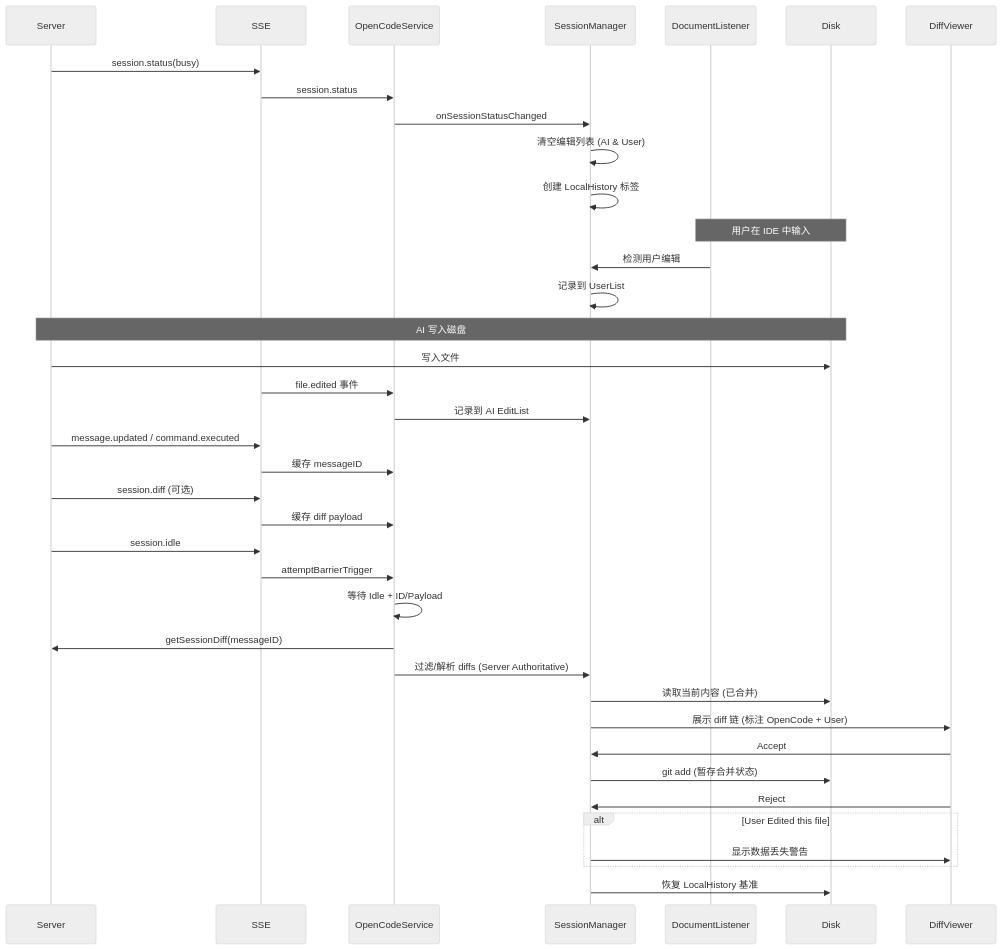
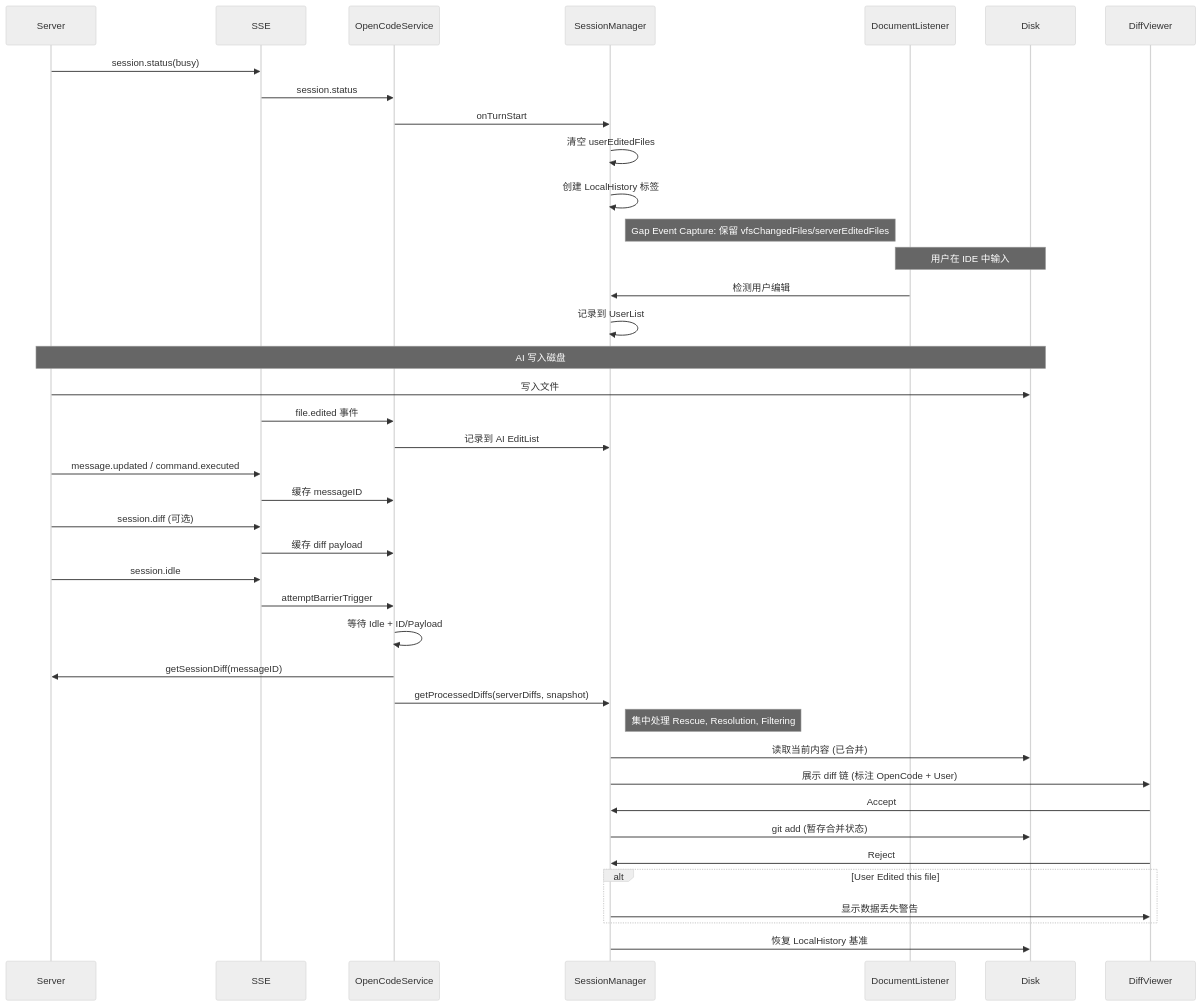
Before and after one commit to LaiZhou/OpenCode_UI: the diagram in designDocs/diff_feature_plan.md, drawn with Mermaid (neutral theme). The commit also changed other lines of this file and 9 other files, not shown here.

````diff
--- a/designDocs/diff_feature_plan.md
+++ b/designDocs/diff_feature_plan.md
@@ -15,47 +15,49 @@
 ```mermaid
 sequenceDiagram
     participant Server
     participant SSE
     participant OCS as OpenCodeService
     participant SM as SessionManager
     participant DL as DocumentListener
     participant Disk
     participant Diff as DiffViewer
 
     Server->>SSE: session.status(busy)
     SSE->>OCS: session.status
-    OCS->>SM: onSessionStatusChanged
-    SM->>SM: 清空编辑列表 (AI & User)
+    OCS->>SM: onTurnStart
+    SM->>SM: 清空 userEditedFiles
     SM->>SM: 创建 LocalHistory 标签
+    Note right of SM: Gap Event Capture: 保留 vfsChangedFiles/serverEditedFiles
 
     Note over DL, Disk: 用户在 IDE 中输入
     DL->>SM: 检测用户编辑
     SM->>SM: 记录到 UserList
 
     Note over Server, Disk: AI 写入磁盘
     Server->>Disk: 写入文件
     SSE->>OCS: file.edited 事件
     OCS->>SM: 记录到 AI EditList
 
     Server->>SSE: message.updated / command.executed
     SSE->>OCS: 缓存 messageID
     Server->>SSE: session.diff (可选)
     SSE->>OCS: 缓存 diff payload
 
     Server->>SSE: session.idle
     SSE->>OCS: attemptBarrierTrigger
     OCS->>OCS: 等待 Idle + ID/Payload
     OCS->>Server: getSessionDiff(messageID)
-    OCS->>SM: 过滤/解析 diffs (Server Authoritative)
+    OCS->>SM: getProcessedDiffs(serverDiffs, snapshot)
+    Note right of SM: 集中处理 Rescue, Resolution, Filtering
     SM->>Disk: 读取当前内容 (已合并)
     SM->>Diff: 展示 diff 链 (标注 OpenCode + User)
 
     Diff->>SM: Accept
     SM->>Disk: git add (暂存合并状态)
 
     Diff->>SM: Reject
     alt User Edited this file
         SM->>Diff: 显示数据丢失警告
     end
     SM->>Disk: 恢复 LocalHistory 基准
 ```
````
